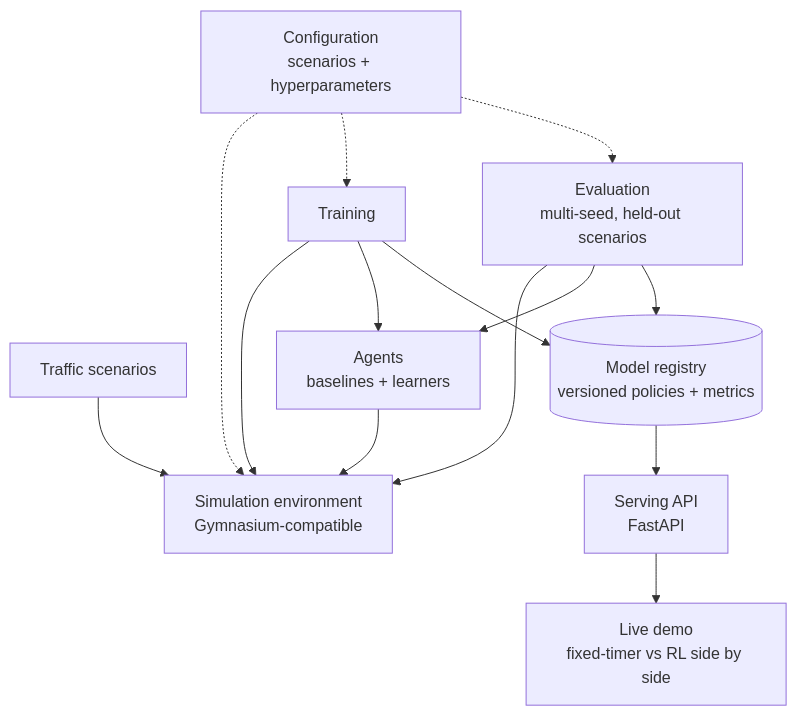
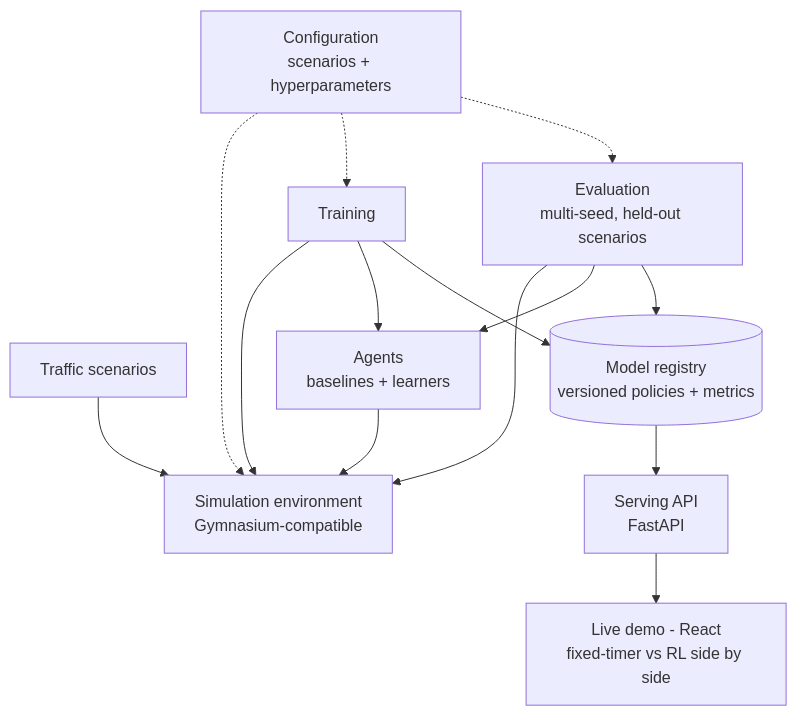
One commit to aaditisinghal/Smart-Traffic-RL changed the second of 2 diagrams in README.md. Above: the diagram before and after it, drawn with Mermaid.

Commit message:
Show React demo in architecture diagram

````diff
--- a/README.md
+++ b/README.md
@@ -118,17 +118,17 @@
 ```mermaid
 flowchart TB
     CFG[Configuration<br/>scenarios + hyperparameters]
     SC[Traffic scenarios] --> ENV[Simulation environment<br/>Gymnasium-compatible]
     AG[Agents<br/>baselines + learners] --> ENV
     TR[Training] --> ENV
     TR --> AG
     EV[Evaluation<br/>multi-seed, held-out scenarios] --> ENV
     EV --> AG
     TR --> REG[(Model registry<br/>versioned policies + metrics)]
     EV --> REG
     REG --> API[Serving API<br/>FastAPI]
-    API --> UI[Live demo<br/>fixed-timer vs RL side by side]
+    API --> UI[Live demo - React<br/>fixed-timer vs RL side by side]
     CFG -.-> ENV
     CFG -.-> TR
     CFG -.-> EV
 ```
````
